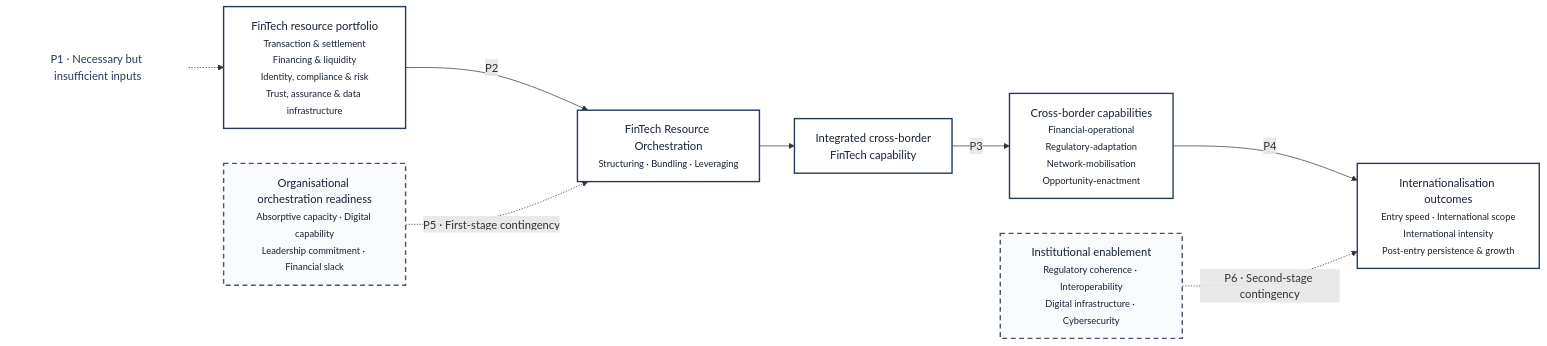
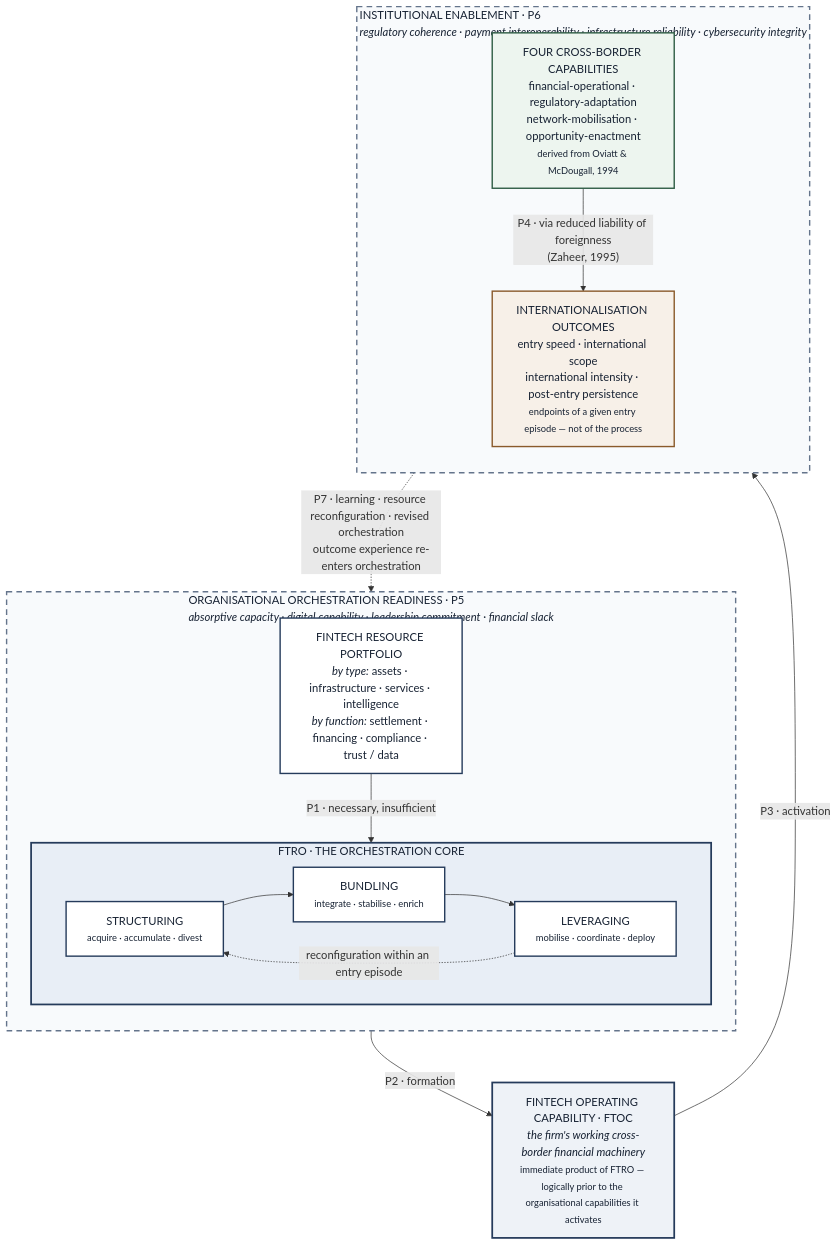
One commit to lgfutwa/Test changed the diagram in research/mphil-ib-proposal/figures/foi-framework.mmd. Above: the diagram before and after it, drawn with Mermaid. The commit also changed 4 other files, not shown here.

First line of the commit message:
Redraw FOI Figure 2.1 to match Proposal Final v3.5

```diff
--- a/research/mphil-ib-proposal/figures/foi-framework.mmd
+++ b/research/mphil-ib-proposal/figures/foi-framework.mmd
@@ -1,24 +1,46 @@
-flowchart LR
-    OR["Organisational orchestration readiness<br/><small>Absorptive capacity · Digital capability<br/>Leadership commitment · Financial slack</small>"]
-    FR["FinTech resource portfolio<br/><small>Transaction & settlement<br/>Financing & liquidity<br/>Identity, compliance & risk<br/>Trust, assurance & data infrastructure</small>"]
-    FTRO["FinTech Resource Orchestration<br/><small>Structuring · Bundling · Leveraging</small>"]
-    ICFC["Integrated cross-border<br/>FinTech capability"]
-    IC["Cross-border capabilities<br/><small>Financial-operational<br/>Regulatory-adaptation<br/>Network-mobilisation<br/>Opportunity-enactment</small>"]
-    IO["Internationalisation outcomes<br/><small>Entry speed · International scope<br/>International intensity<br/>Post-entry persistence & growth</small>"]
-    IE["Institutional enablement<br/><small>Regulatory coherence · Interoperability<br/>Digital infrastructure · Cybersecurity</small>"]
+%%{init: {"flowchart": {"htmlLabels": true, "curve": "basis"}, "themeVariables": {"fontFamily": "Georgia, 'Times New Roman', serif"}} }%%
+flowchart TB
+    %% FinTech-Orchestrated Internationalisation (FOI) Framework — v3.5
+    %% Graphic logic: contingencies as enclosures; FTRO as sequenced core with
+    %% internal reconfiguration; FTOC as intermediate product; P7 recursive return.
 
-    FR -->|"P2"| FTRO
-    FTRO --> ICFC
-    ICFC -->|"P3"| IC
-    IC -->|"P4"| IO
-    OR -.->|"P5 · First-stage contingency"| FTRO
-    IE -.->|"P6 · Second-stage contingency"| IO
+    subgraph OR["ORGANISATIONAL ORCHESTRATION READINESS · P5<br/><i>absorptive capacity · digital capability · leadership commitment · financial slack</i>"]
+        direction TB
+        FR["FINTECH RESOURCE PORTFOLIO<br/><i>by type:</i> assets · infrastructure · services · intelligence<br/><i>by function:</i> settlement · financing · compliance · trust / data"]
+        subgraph FTRO["FTRO · THE ORCHESTRATION CORE"]
+            direction LR
+            S["STRUCTURING<br/><small>acquire · accumulate · divest</small>"]
+            B["BUNDLING<br/><small>integrate · stabilise · enrich</small>"]
+            L["LEVERAGING<br/><small>mobilise · coordinate · deploy</small>"]
+            S --> B --> L
+            L -.->|"reconfiguration within an entry episode"| S
+        end
+        FR -->|"P1 · necessary, insufficient"| FTRO
+    end
 
-    P1["P1 · Necessary but insufficient inputs"] -.-> FR
+    FTOC["FINTECH OPERATING CAPABILITY · FTOC<br/><i>the firm's working cross-border financial machinery</i><br/><small>immediate product of FTRO — logically prior to the organisational capabilities it activates</small>"]
 
-    classDef primary fill:#ffffff,stroke:#253b5b,stroke-width:2px,color:#172233;
-    classDef moderator fill:#f8fafc,stroke:#475569,stroke-width:2px,stroke-dasharray:7 5,color:#172233;
-    classDef proposition fill:transparent,stroke:transparent,color:#253b5b;
-    class FR,FTRO,ICFC,IC,IO primary;
-    class OR,IE moderator;
-    class P1 proposition;
+    subgraph IE["INSTITUTIONAL ENABLEMENT · P6<br/><i>regulatory coherence · payment interoperability · infrastructure reliability · cybersecurity integrity</i>"]
+        direction TB
+        CAP["FOUR CROSS-BORDER CAPABILITIES<br/>financial-operational · regulatory-adaptation<br/>network-mobilisation · opportunity-enactment<br/><small>derived from Oviatt &amp; McDougall, 1994</small>"]
+        OUT["INTERNATIONALISATION OUTCOMES<br/>entry speed · international scope<br/>international intensity · post-entry persistence<br/><small>endpoints of a given entry episode — not of the process</small>"]
+        CAP -->|"P4 · via reduced liability of foreignness<br/>(Zaheer, 1995)"| OUT
+    end
+
+    FTRO -->|"P2 · formation"| FTOC
+    FTOC -->|"P3 · activation"| CAP
+    OUT -.->|"P7 · learning · resource reconfiguration · revised orchestration<br/>outcome experience re-enters orchestration"| S
+
+    classDef enclosure fill:#f8fafc,stroke:#64748b,stroke-width:2px,stroke-dasharray:8 6,color:#172233;
+    classDef core fill:#e8eef6,stroke:#253b5b,stroke-width:2.5px,color:#172233;
+    classDef process fill:#ffffff,stroke:#253b5b,stroke-width:2px,color:#172233;
+    classDef intermediate fill:#eef2f7,stroke:#253b5b,stroke-width:2.5px,color:#172233;
+    classDef capability fill:#edf5ef,stroke:#2f5d45,stroke-width:2px,color:#172233;
+    classDef outcome fill:#f7f0e8,stroke:#8a5a2b,stroke-width:2px,color:#172233;
+
+    class OR,IE enclosure;
+    class FTRO core;
+    class FR,S,B,L process;
+    class FTOC intermediate;
+    class CAP capability;
+    class OUT outcome;
```
